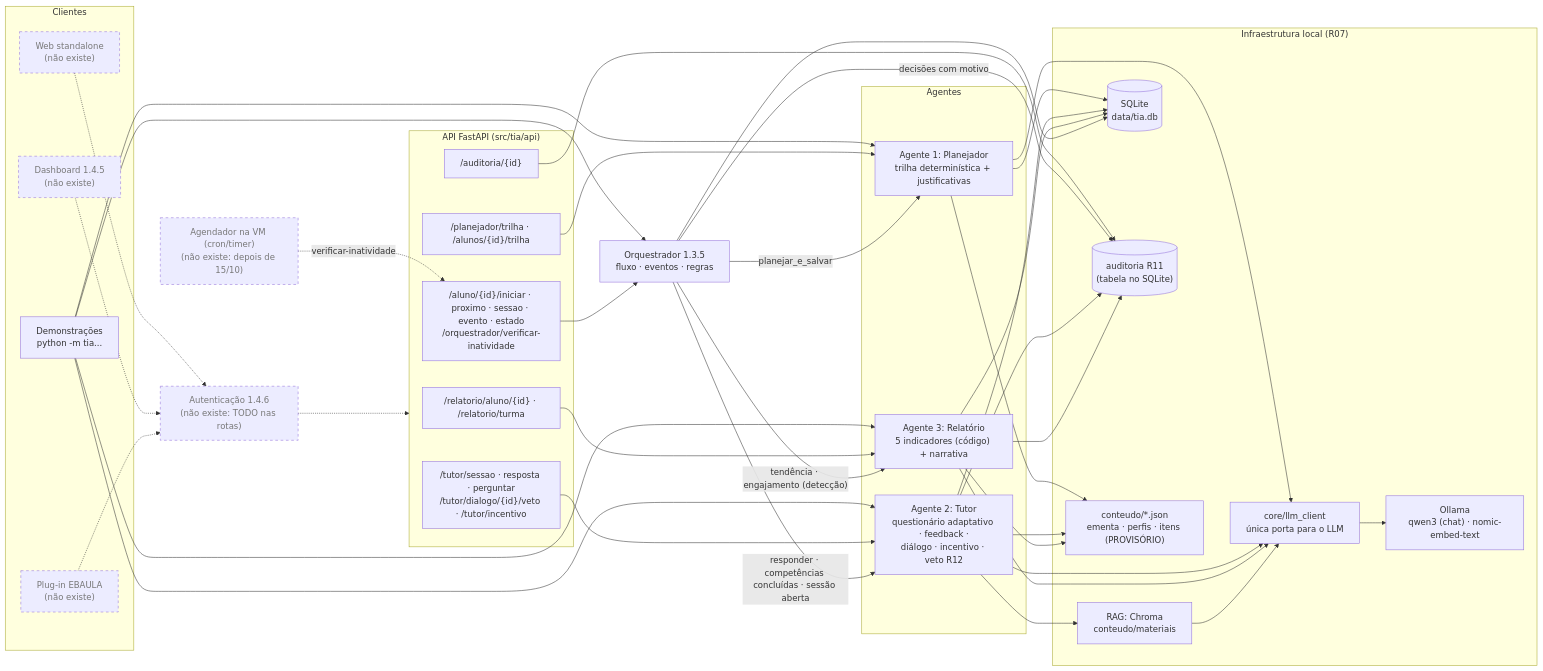
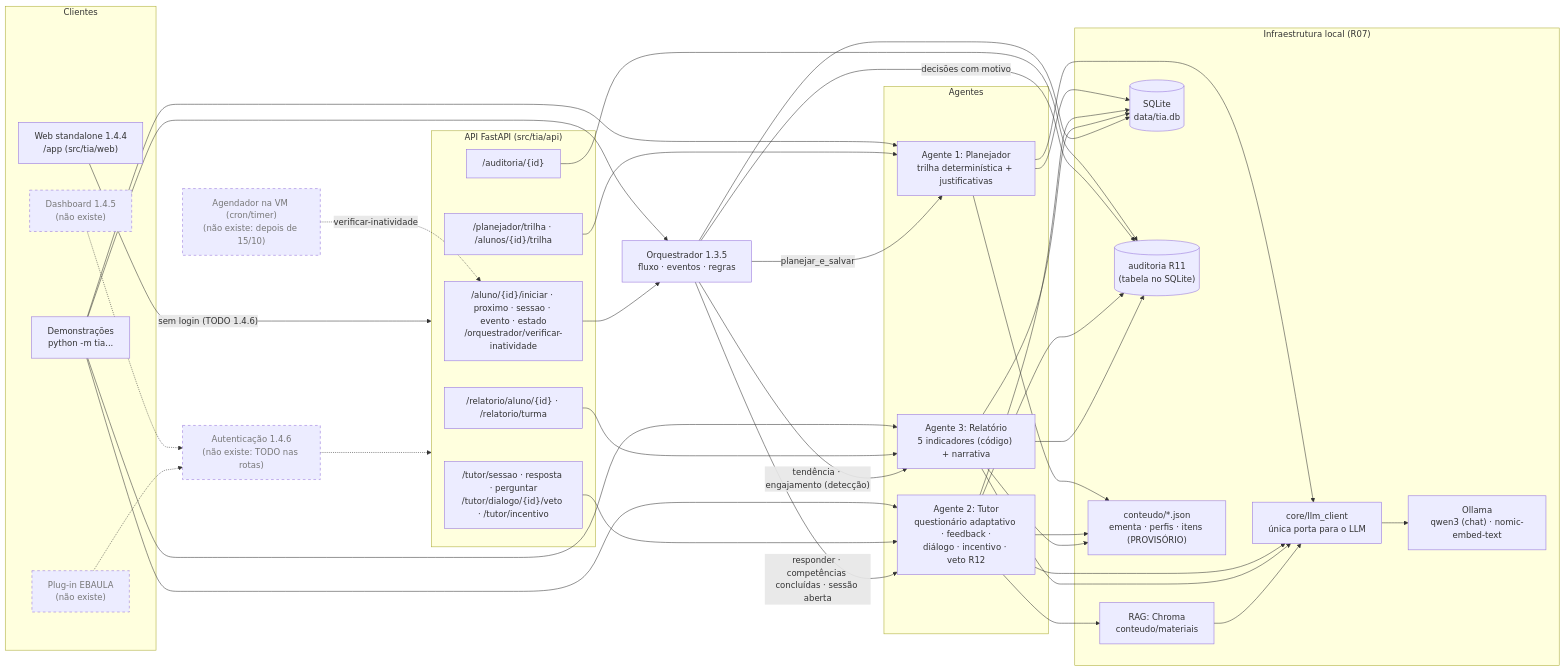
The first of 2 diagrams in docs/arquitetura/arquitetura.md (AdrianoPortes403/tia-projeto), drawn with Mermaid before and after one commit. The commit also changed other lines of this file and 14 other files, not shown here.

Commit message:
feat: aplicação web standalone do tutor em /app (trilha, estudo, diálogo, relatório); reforço não conta no progresso

````diff
--- a/docs/arquitetura/arquitetura.md
+++ b/docs/arquitetura/arquitetura.md
@@ -11,63 +11,64 @@
 ```mermaid
 flowchart LR
     subgraph Clientes
-        WEB["Web standalone<br/>(não existe)"]:::futuro
+        WEB["Web standalone 1.4.4<br/>/app (src/tia/web)"]
         DASH["Dashboard 1.4.5<br/>(não existe)"]:::futuro
         EBA["Plug-in EBAULA<br/>(não existe)"]:::futuro
         CLI["Demonstrações<br/>python -m tia..."]
     end
 
     AUTH["Autenticação 1.4.6<br/>(não existe: TODO nas rotas)"]:::futuro
     CRON["Agendador na VM (cron/timer)<br/>(não existe: depois de 15/10)"]:::futuro
 
     subgraph API["API FastAPI (src/tia/api)"]
         RORQ["/aluno/{id}/iniciar · proximo · sessao · evento · estado<br/>/orquestrador/verificar-inatividade"]
         RPLAN["/planejador/trilha · /alunos/{id}/trilha"]
         RTUT["/tutor/sessao · resposta · perguntar<br/>/tutor/dialogo/{id}/veto · /tutor/incentivo"]
         RREL["/relatorio/aluno/{id} · /relatorio/turma"]
         RAUD["/auditoria/{id}"]
     end
 
     ORQ["Orquestrador 1.3.5<br/>fluxo · eventos · regras"]
 
     subgraph Agentes
         A1["Agente 1: Planejador<br/>trilha determinística + justificativas"]
         A2["Agente 2: Tutor<br/>questionário adaptativo · feedback ·<br/>diálogo · incentivo · veto R12"]
         A3["Agente 3: Relatório<br/>5 indicadores (código) + narrativa"]
     end
 
     subgraph Infra["Infraestrutura local (R07)"]
         LLM["core/llm_client<br/>única porta para o LLM"]
         OLL["Ollama<br/>qwen3 (chat) · nomic-embed-text"]
         RAG["RAG: Chroma<br/>conteudo/materiais"]
         DB[("SQLite<br/>data/tia.db")]
         AUD[("auditoria R11<br/>(tabela no SQLite)")]
         CONT["conteudo/*.json<br/>ementa · perfis · itens (PROVISÓRIO)"]
     end
 
-    WEB & DASH & EBA -.-> AUTH -.-> API
+    WEB -->|"sem login (TODO 1.4.6)"| API
+    DASH & EBA -.-> AUTH -.-> API
     CRON -.->|"verificar-inatividade"| RORQ
     CLI --> ORQ & A1 & A2 & A3
     RORQ --> ORQ
     RPLAN --> A1
     RTUT --> A2
     RREL --> A3
     RAUD --> AUD
 
     ORQ -->|"planejar_e_salvar"| A1
     ORQ -->|"responder · competências concluídas · sessão aberta"| A2
     ORQ -->|"tendência · engajamento (detecção)"| A3
     ORQ -->|"decisões com motivo"| AUD
 
     A1 --> LLM
     A2 --> LLM
     A3 --> LLM
     A2 --> RAG
     RAG --> LLM
     LLM --> OLL
     A1 & A2 & A3 & ORQ --> DB
     A2 & A3 --> AUD
     A1 & A2 & A3 --> CONT
 
     classDef futuro stroke-dasharray: 5 5,color:#777
 ```
````
